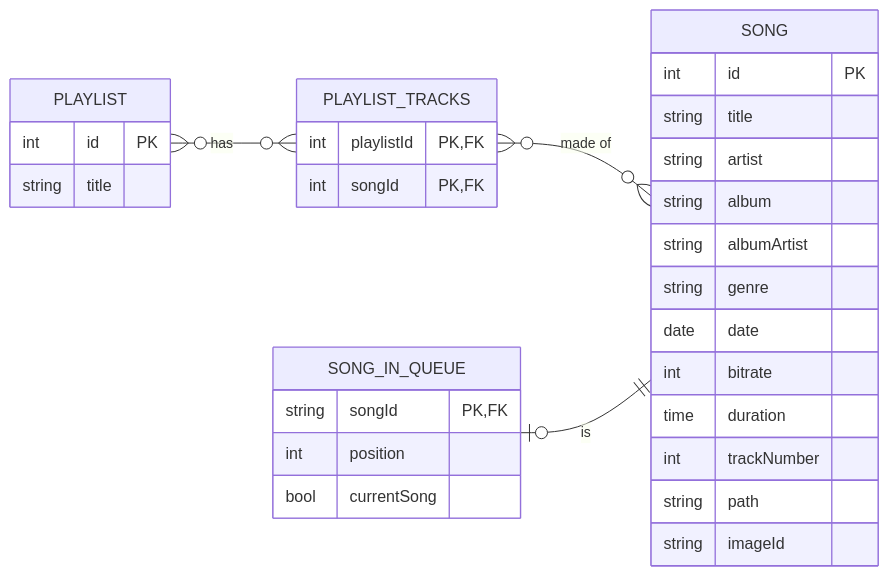
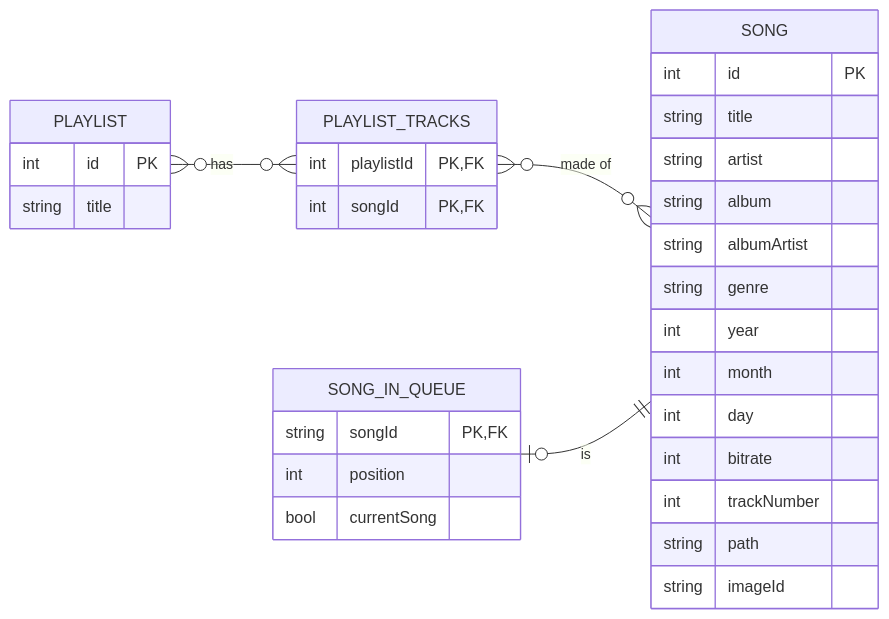
Before and after one commit to jossue845/On-premise-Music-Player: the diagram in resources/mermaid/er-diagram.md, drawn with Mermaid.

Commit message:
update ER diagram

````diff
--- a/resources/mermaid/er-diagram.md
+++ b/resources/mermaid/er-diagram.md
@@ -1,35 +1,36 @@
 ```mermaid
 erDiagram
     direction LR
     SONG{
         int id PK
         string title
         string artist
         string album
         string albumArtist
         string genre
-        date date
+        int year
+        int month
+        int day
         int bitrate
-        time duration
         int trackNumber
         string path
         string imageId
     }
     PLAYLIST{
         int id PK
         string title
     }
     PLAYLIST_TRACKS{
         int playlistId PK, FK
         int songId PK, FK
     }
 
     SONG_IN_QUEUE{
         string songId PK, FK
         int position
         bool currentSong
     }
     PLAYLIST_TRACKS }o--o{ SONG : "made of"
     PLAYLIST }o--o{ PLAYLIST_TRACKS : "has"
     SONG_IN_QUEUE o|--|| SONG : "is"
 ```
````
